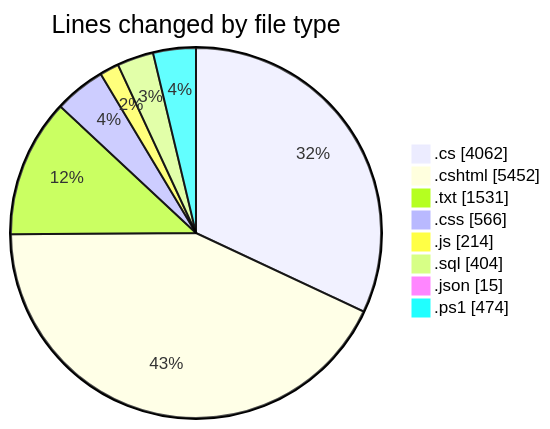
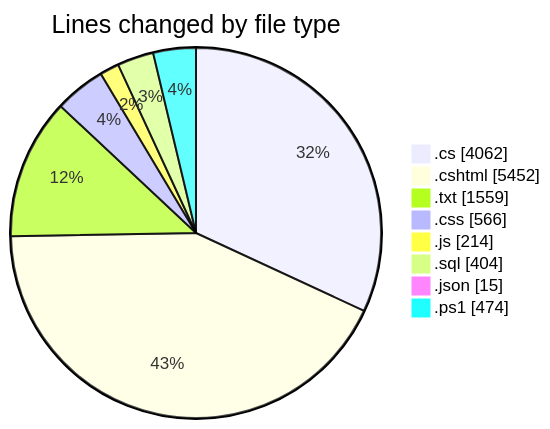
The first of 2 diagrams in 2025-07-28/quanlyrapchieuphim-1/README.md (lephambinh05/code-tracking), drawn with Mermaid before and after one commit. The commit also changed other lines of this file and 1 other file, not shown here.

````diff
--- a/2025-07-28/quanlyrapchieuphim-1/README.md
+++ b/2025-07-28/quanlyrapchieuphim-1/README.md
@@ -59,12 +59,12 @@
 ```mermaid
 pie showData
 title Lines changed by file type
 ".cs" : 4062
 ".cshtml" : 5452
-".txt" : 1531
+".txt" : 1559
 ".css" : 566
 ".js" : 214
 ".sql" : 404
 ".json" : 15
 ".ps1" : 474
 ```
````
